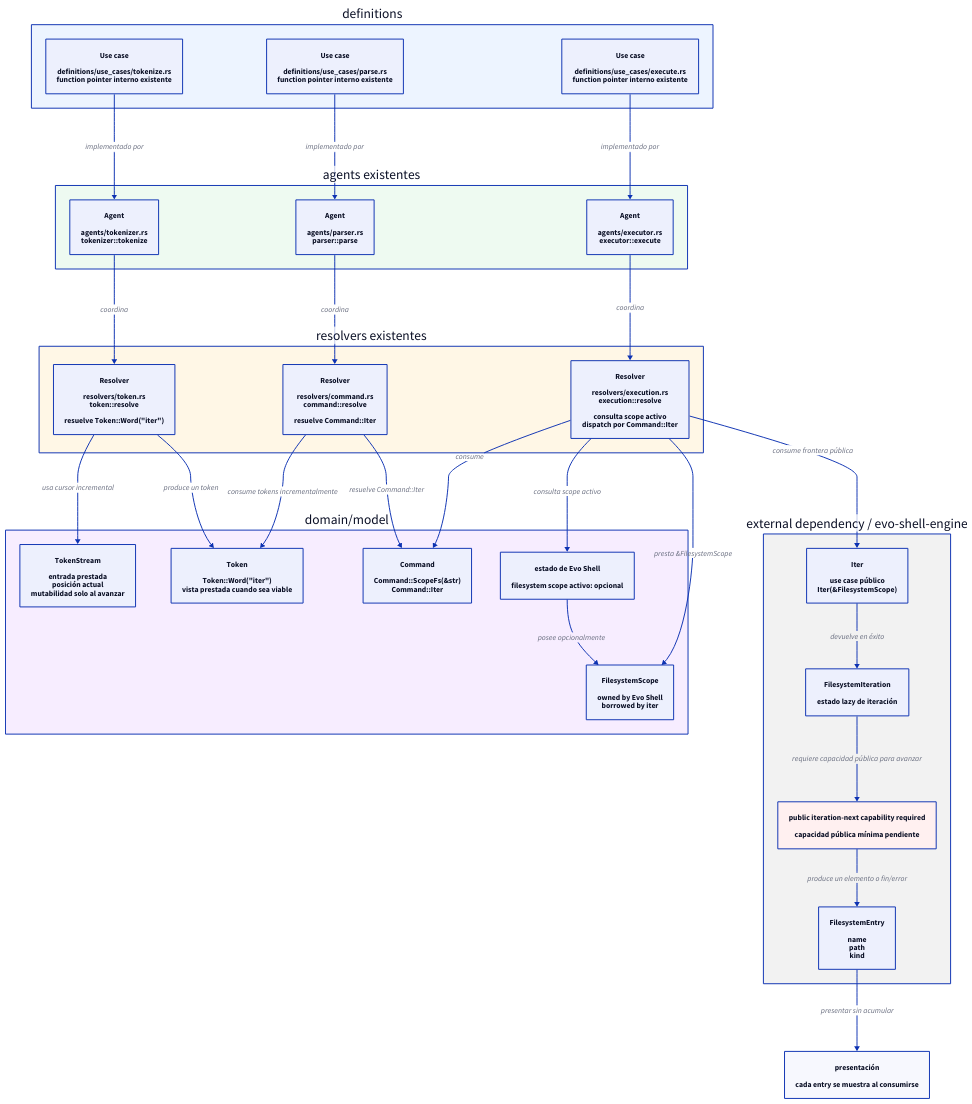
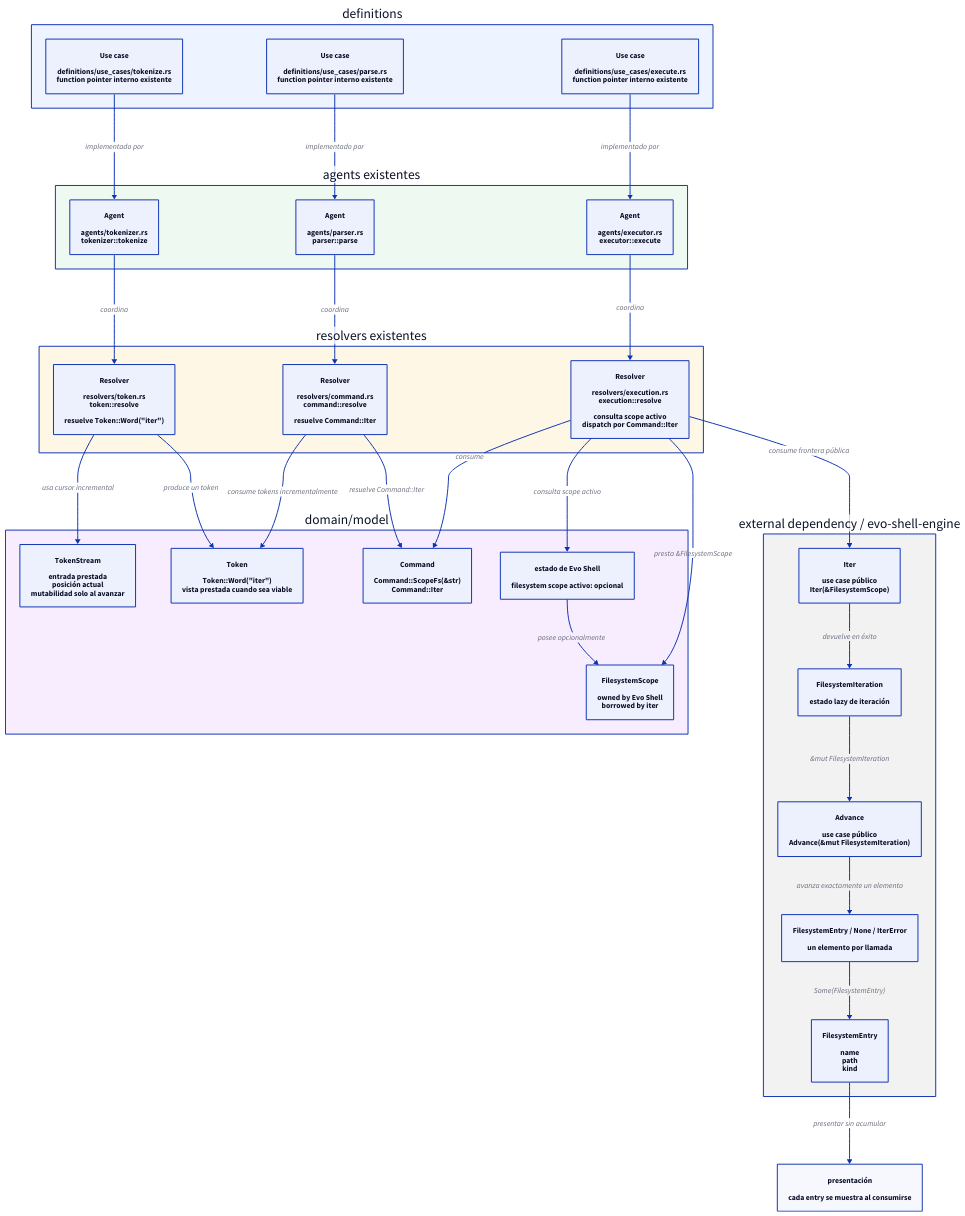
One commit to niqel/evolution changed the diagram in evo-shell/technical_documentation/use_cases/UC-002-iterate-filesystem-scope-command/architecture.d2. Above: the diagram before and after it, drawn with D2. The commit also changed 3 other files, not shown here.

Commit message:
docs: update iter command to use advance API

```diff
--- a/evo-shell/technical_documentation/use_cases/UC-002-iterate-filesystem-scope-command/architecture.d2
+++ b/evo-shell/technical_documentation/use_cases/UC-002-iterate-filesystem-scope-command/architecture.d2
@@ -1,120 +1,124 @@
 direction: down
 
 definitions: "definitions" {
   style.fill: "#edf4ff"
 
   tokenize: "Use case\n\ndefinitions/use_cases/tokenize.rs\nfunction pointer interno existente" {
     shape: rectangle
   }
 
   parse: "Use case\n\ndefinitions/use_cases/parse.rs\nfunction pointer interno existente" {
     shape: rectangle
   }
 
   execute: "Use case\n\ndefinitions/use_cases/execute.rs\nfunction pointer interno existente" {
     shape: rectangle
   }
 }
 
 agents: "agents existentes" {
   style.fill: "#eefaf1"
 
   tokenizer: "Agent\n\nagents/tokenizer.rs\ntokenizer::tokenize" {
     shape: rectangle
   }
 
   parser: "Agent\n\nagents/parser.rs\nparser::parse" {
     shape: rectangle
   }
 
   executor: "Agent\n\nagents/executor.rs\nexecutor::execute" {
     shape: rectangle
   }
 }
 
 resolvers: "resolvers existentes" {
   style.fill: "#fff7e6"
 
   token: "Resolver\n\nresolvers/token.rs\ntoken::resolve\n\nresuelve Token::Word(\"iter\")" {
     shape: rectangle
   }
 
   command: "Resolver\n\nresolvers/command.rs\ncommand::resolve\n\nresuelve Command::Iter" {
     shape: rectangle
   }
 
   execution: "Resolver\n\nresolvers/execution.rs\nexecution::resolve\n\nconsulta scope activo\ndispatch por Command::Iter" {
     shape: rectangle
   }
 }
 
 domain: "domain/model" {
   style.fill: "#f7edff"
 
   token_stream: "TokenStream\n\nentrada prestada\nposición actual\nmutabilidad solo al avanzar" {
     shape: rectangle
   }
 
   token_model: "Token\n\nToken::Word(\"iter\")\nvista prestada cuando sea viable" {
     shape: rectangle
   }
 
   command_model: "Command\n\nCommand::ScopeFs(&str)\nCommand::Iter" {
     shape: rectangle
   }
 
   shell_state: "estado de Evo Shell\n\nfilesystem scope activo: opcional" {
     shape: rectangle
   }
 
   filesystem_scope: "FilesystemScope\n\nowned by Evo Shell\nborrowed by iter" {
     shape: rectangle
   }
 }
 
 external: "external dependency / evo-shell-engine" {
   style.fill: "#f2f2f2"
 
   iter_use_case: "Iter\n\nuse case público\nIter(&FilesystemScope)" {
     shape: rectangle
   }
 
   filesystem_iteration: "FilesystemIteration\n\nestado lazy de iteración" {
     shape: rectangle
   }
 
-  public_next: "public iteration-next capability required\n\ncapacidad pública mínima pendiente" {
+  advance_use_case: "Advance\n\nuse case público\nAdvance(&mut FilesystemIteration)" {
     shape: rectangle
-    style.fill: "#fff0f0"
+  }
+
+  advance_result: "FilesystemEntry / None / IterError\n\nun elemento por llamada" {
+    shape: rectangle
   }
 
   filesystem_entry: "FilesystemEntry\n\nname\npath\nkind" {
     shape: rectangle
   }
 }
 
 presentation: "presentación\n\ncada entry se muestra al consumirse" {
   shape: rectangle
 }
 
 definitions.tokenize -> agents.tokenizer: "implementado por"
 agents.tokenizer -> resolvers.token: "coordina"
 resolvers.token -> domain.token_stream: "usa cursor incremental"
 resolvers.token -> domain.token_model: "produce un token"
 
 definitions.parse -> agents.parser: "implementado por"
 agents.parser -> resolvers.command: "coordina"
 resolvers.command -> domain.token_model: "consume tokens incrementalmente"
 resolvers.command -> domain.command_model: "resuelve Command::Iter"
 
 definitions.execute -> agents.executor: "implementado por"
 agents.executor -> resolvers.execution: "coordina"
 resolvers.execution -> domain.command_model: "consume"
 resolvers.execution -> domain.shell_state: "consulta scope activo"
 domain.shell_state -> domain.filesystem_scope: "posee opcionalmente"
 resolvers.execution -> domain.filesystem_scope: "presta &FilesystemScope"
 resolvers.execution -> external.iter_use_case: "consume frontera pública"
 external.iter_use_case -> external.filesystem_iteration: "devuelve en éxito"
-external.filesystem_iteration -> external.public_next: "requiere capacidad pública para avanzar"
-external.public_next -> external.filesystem_entry: "produce un elemento o fin/error"
+external.filesystem_iteration -> external.advance_use_case: "&mut FilesystemIteration"
+external.advance_use_case -> external.advance_result: "avanza exactamente un elemento"
+external.advance_result -> external.filesystem_entry: "Some(FilesystemEntry)"
 external.filesystem_entry -> presentation: "presentar sin acumular"
```
